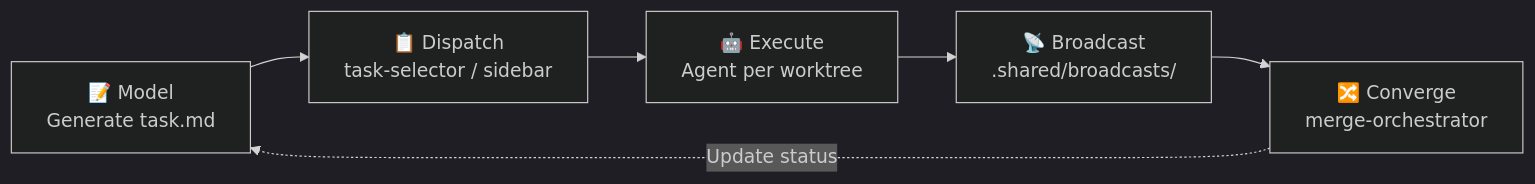
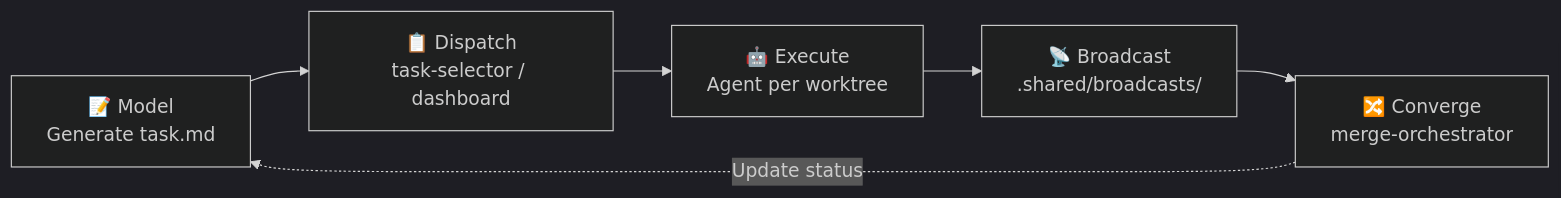
Before and after one commit to KMerdan/tmux-worktree-agent: the second of 2 diagrams in README.md, drawn with Mermaid (dark theme). The commit also changed other lines of this file and 5 other files, not shown here.

````diff
--- a/README.md
+++ b/README.md
@@ -300,8 +387,8 @@
 ```mermaid
 flowchart LR
-    A["📝 Model<br/>Generate task.md"] --> B["📋 Dispatch<br/>task-selector / sidebar"]
+    A["📝 Model<br/>Generate task.md"] --> B["📋 Dispatch<br/>task-selector / dashboard"]
     B --> C["🤖 Execute<br/>Agent per worktree"]
     C --> D["📡 Broadcast<br/>.shared/broadcasts/"]
     D --> E["🔀 Converge<br/>merge-orchestrator"]
     E -.->|"Update status"| A
 ```
````
